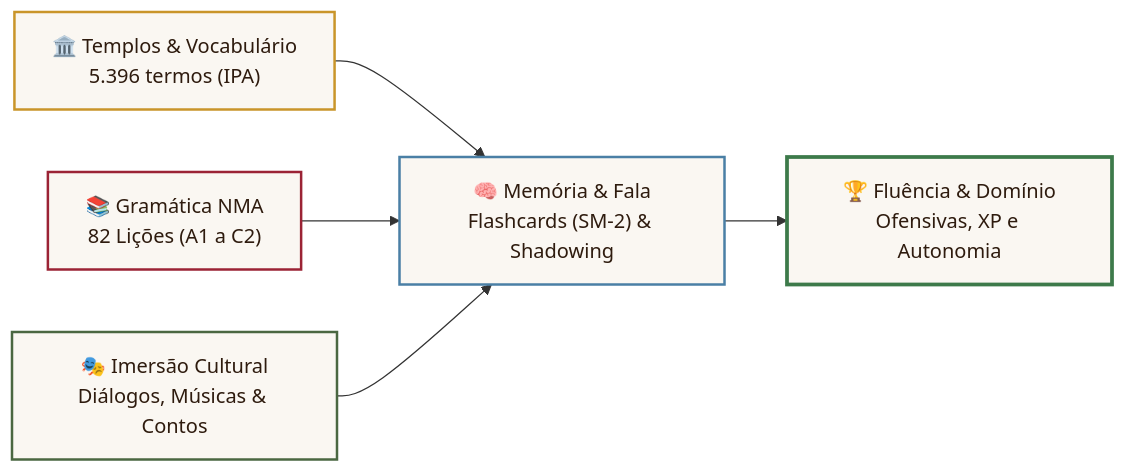
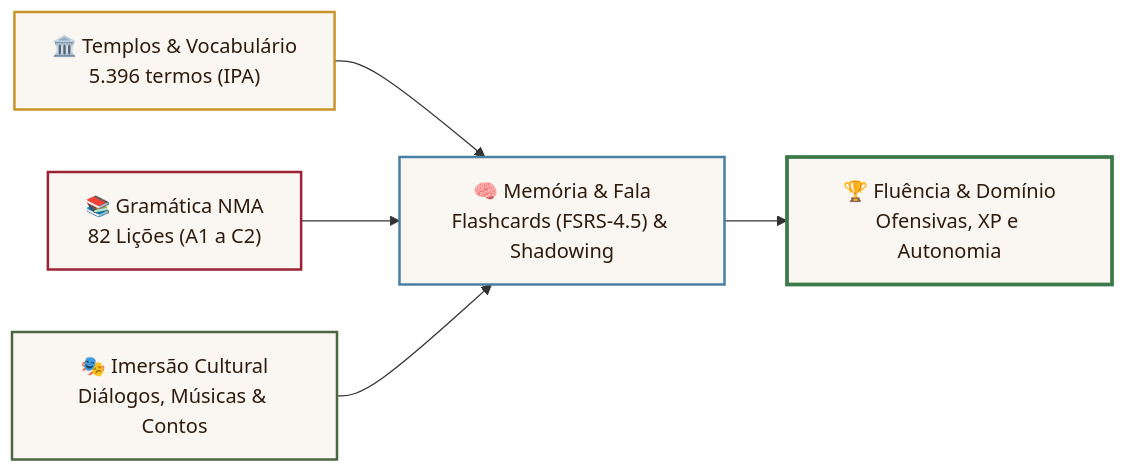
One commit to bruno-felipe-conte/apprendimento-italiano changed the first of 3 diagrams in README.md. Above: the diagram before and after it, drawn with Mermaid. The commit also changed other lines of this file, not shown here.

Commit message:
docs: atualizar README com FSRS-4.5, comandos de validacao e mapa de arquitetura

````diff
--- a/README.md
+++ b/README.md
@@ -29,13 +29,13 @@
 ```mermaid
 flowchart LR
-    A["🏛️ Templos & Vocabulário<br>5.396 termos (IPA)"] --> D["🧠 Memória & Fala<br>Flashcards (SM-2) & Shadowing"]
+    A["🏛️ Templos & Vocabulário<br>5.396 termos (IPA)"] --> D["🧠 Memória & Fala<br>Flashcards (FSRS-4.5) & Shadowing"]
     B["📚 Gramática NMA<br>82 Lições (A1 a C2)"] --> D
     C["🎭 Imersão Cultural<br>Diálogos, Músicas & Contos"] --> D
     D --> E["🏆 Fluência & Domínio<br>Ofensivas, XP e Autonomia"]
 
     style A fill:#FAF7F2,stroke:#C9952A,stroke-width:2px,color:#2E1B0E
     style B fill:#FAF7F2,stroke:#9B2335,stroke-width:2px,color:#2E1B0E
     style C fill:#FAF7F2,stroke:#4A6741,stroke-width:2px,color:#2E1B0E
     style D fill:#FAF7F2,stroke:#4A7FA5,stroke-width:2px,color:#2E1B0E
     style E fill:#FAF7F2,stroke:#3D7A4A,stroke-width:3px,color:#2E1B0E
 ```
````
